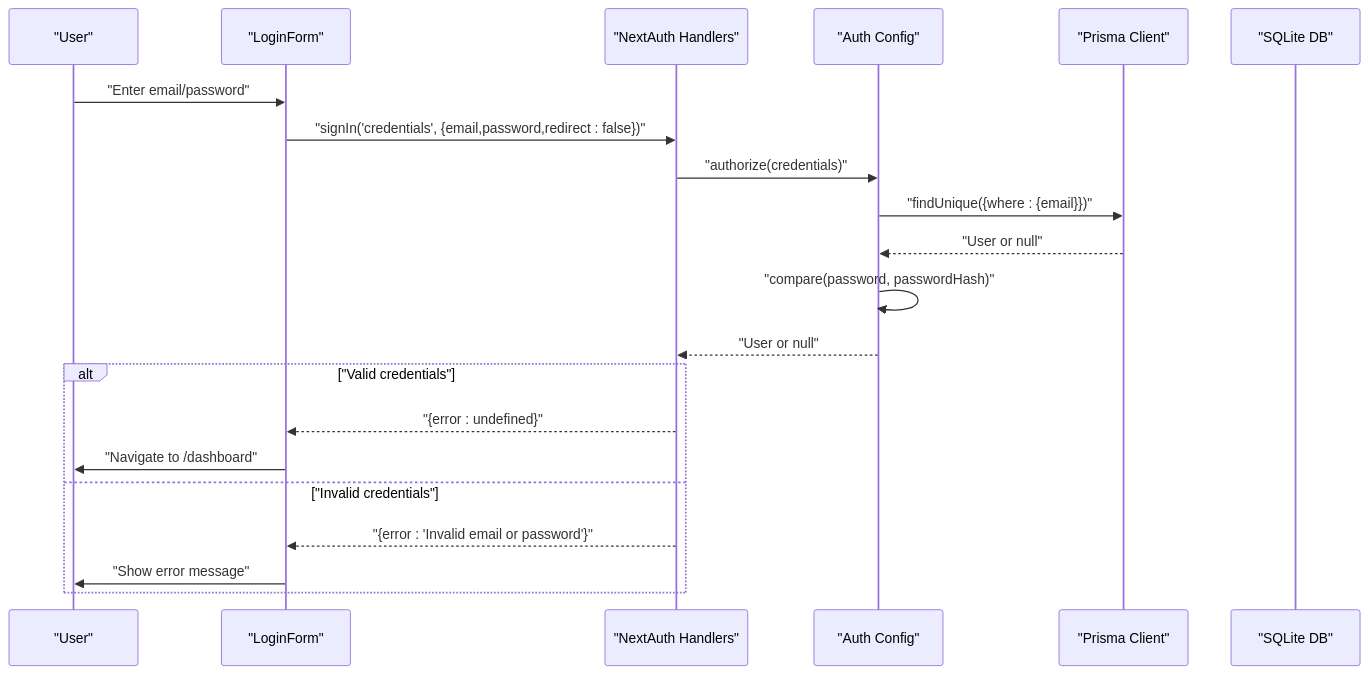
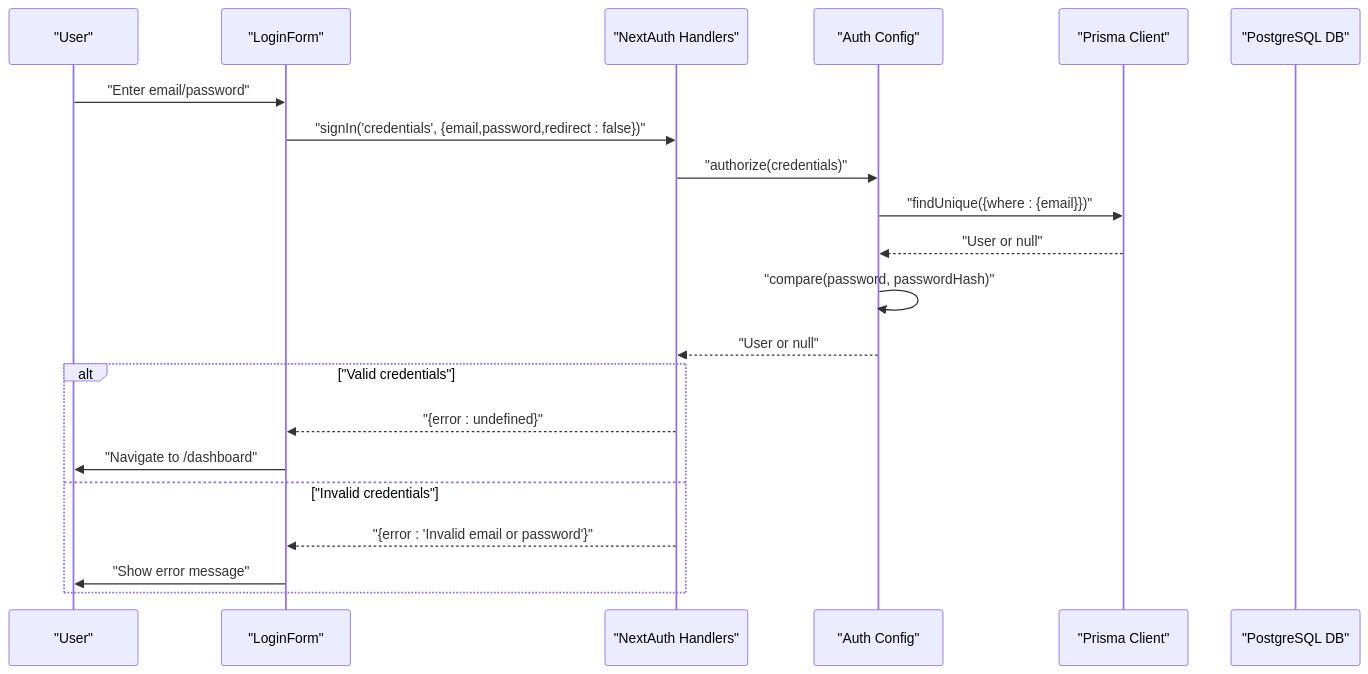
Before and after one commit to Crowdspender/titchybooks-app: the second of 8 diagrams in .qoder/repowiki/en/content/Authentication & Authorization/User Registration & Login Flows.md, drawn with Mermaid. The commit also changed other lines of this file and 74 other files, not shown here.

````diff
--- a/.qoder/repowiki/en/content/Authentication & Authorization/User Registration & Login Flows.md
+++ b/.qoder/repowiki/en/content/Authentication & Authorization/User Registration & Login Flows.md
@@ -112,23 +128,23 @@
 ```mermaid
 sequenceDiagram
 participant U as "User"
 participant LF as "LoginForm"
 participant NAH as "NextAuth Handlers"
 participant AC as "Auth Config"
 participant PC as "Prisma Client"
-participant DB as "SQLite DB"
+participant DB as "PostgreSQL DB"
 U->>LF : "Enter email/password"
 LF->>NAH : "signIn('credentials', {email,password,redirect : false})"
 NAH->>AC : "authorize(credentials)"
 AC->>PC : "findUnique({where : {email}})"
 PC-->>AC : "User or null"
 AC->>AC : "compare(password, passwordHash)"
 AC-->>NAH : "User or null"
 alt "Valid credentials"
 NAH-->>LF : "{error : undefined}"
 LF->>U : "Navigate to /dashboard"
 else "Invalid credentials"
 NAH-->>LF : "{error : 'Invalid email or password'}"
 LF->>U : "Show error message"
 end
 ```
````
